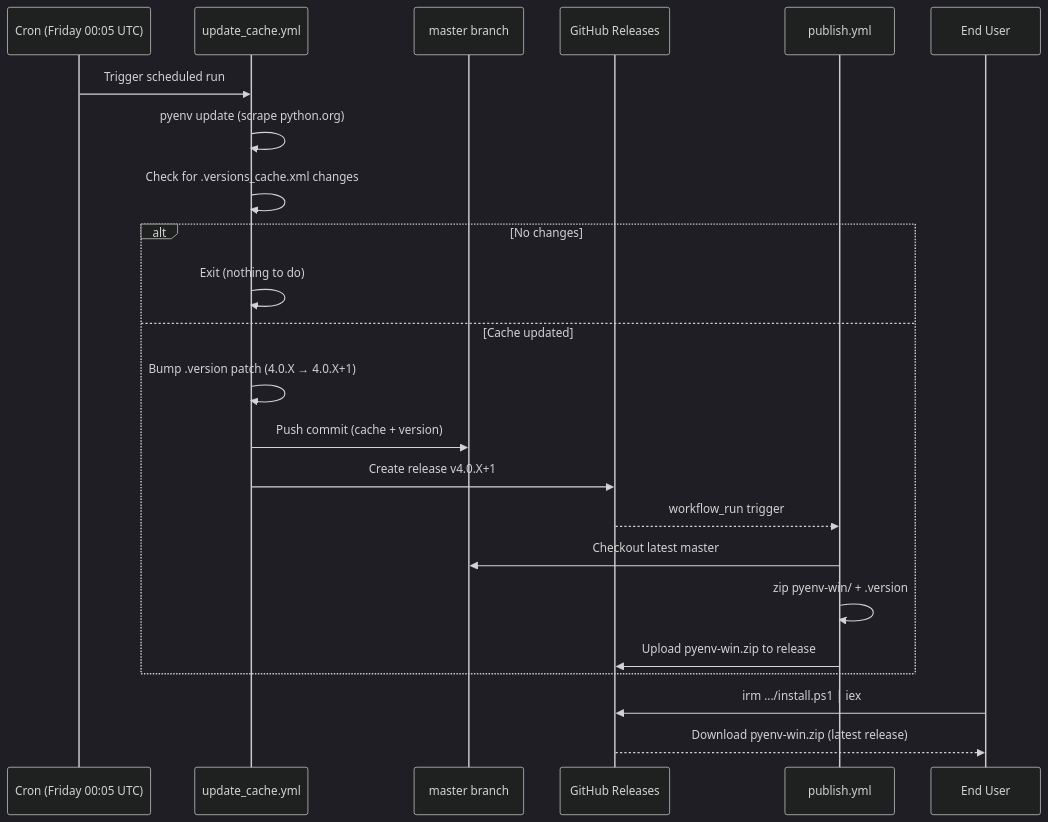
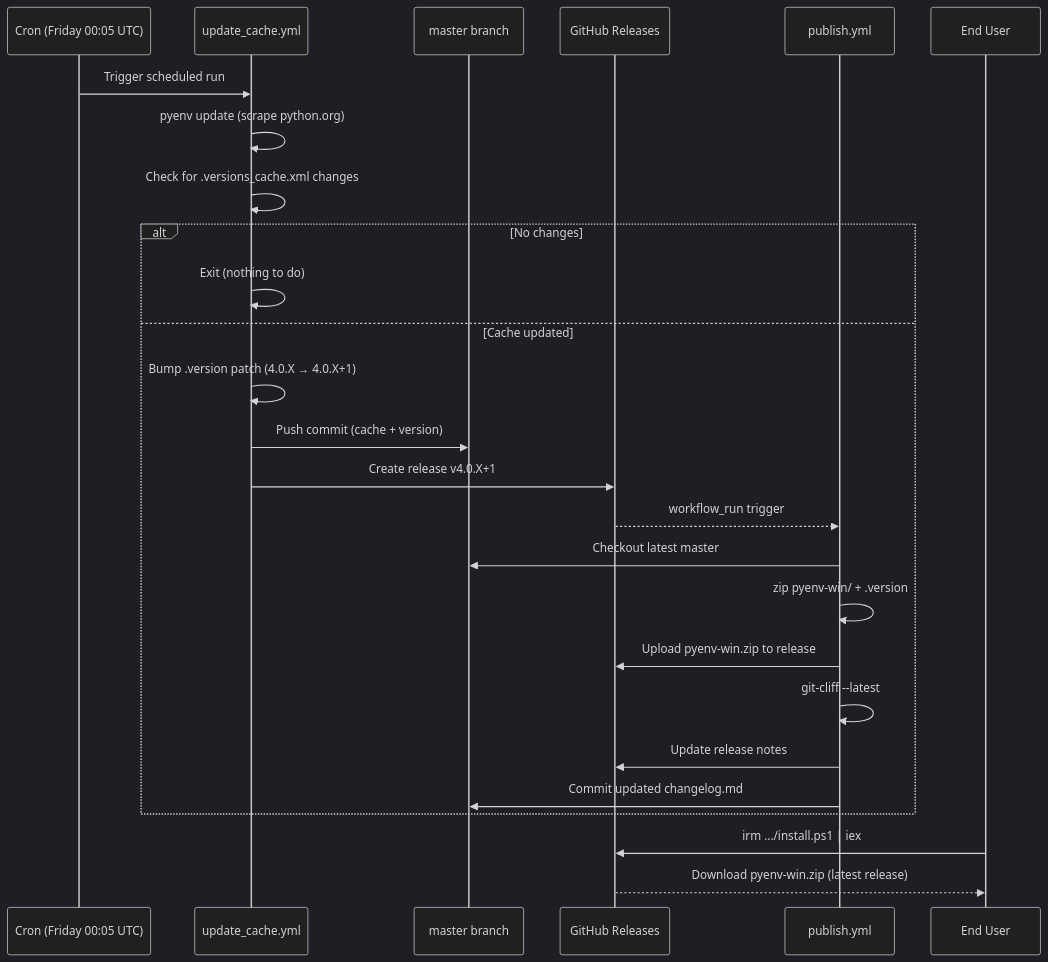
One commit to Satori-Analytics/pyenv-win changed the first of 3 diagrams in .github/README.md. Above: the diagram before and after it, drawn with Mermaid (dark theme). The commit also changed other lines of this file and 2 other files, not shown here.

First line of the commit message:
feat: auto-generate changelog with git-cliff on every release

````diff
--- a/.github/README.md
+++ b/.github/README.md
@@ -44,28 +51,31 @@
 ```mermaid
 sequenceDiagram
     participant Cron as Cron (Friday 00:05 UTC)
     participant UC as update_cache.yml
     participant Master as master branch
     participant GH as GitHub Releases
     participant Pub as publish.yml
     participant User as End User
 
     Cron->>UC: Trigger scheduled run
     UC->>UC: pyenv update (scrape python.org)
     UC->>UC: Check for .versions_cache.xml changes
 
     alt No changes
         UC->>UC: Exit (nothing to do)
     else Cache updated
         UC->>UC: Bump .version patch (4.0.X → 4.0.X+1)
         UC->>Master: Push commit (cache + version)
         UC->>GH: Create release v4.0.X+1
         GH-->>Pub: workflow_run trigger
         Pub->>Master: Checkout latest master
         Pub->>Pub: zip pyenv-win/ + .version
         Pub->>GH: Upload pyenv-win.zip to release
+        Pub->>Pub: git-cliff --latest
+        Pub->>GH: Update release notes
+        Pub->>Master: Commit updated changelog.md
     end
 
     User->>GH: irm .../install.ps1 | iex
     GH-->>User: Download pyenv-win.zip (latest release)
 ```
````
